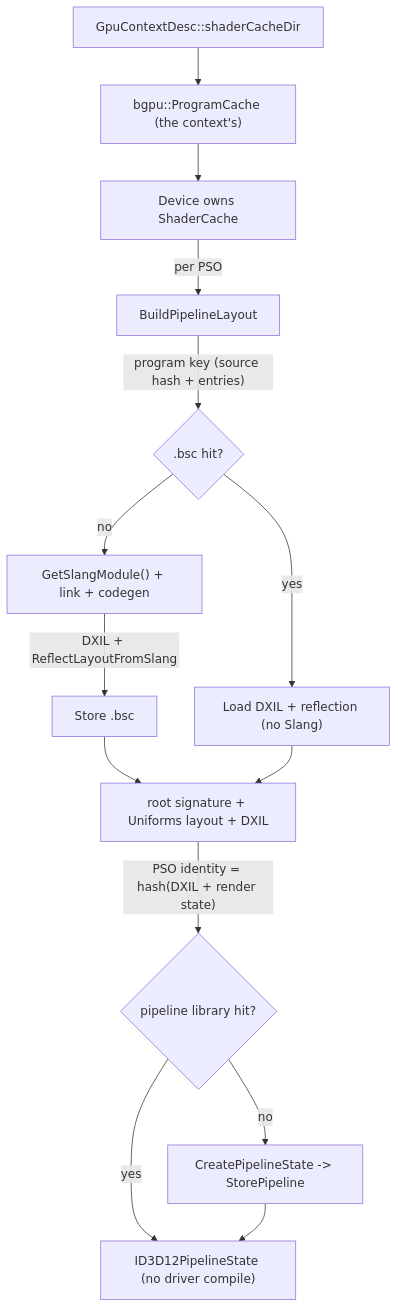
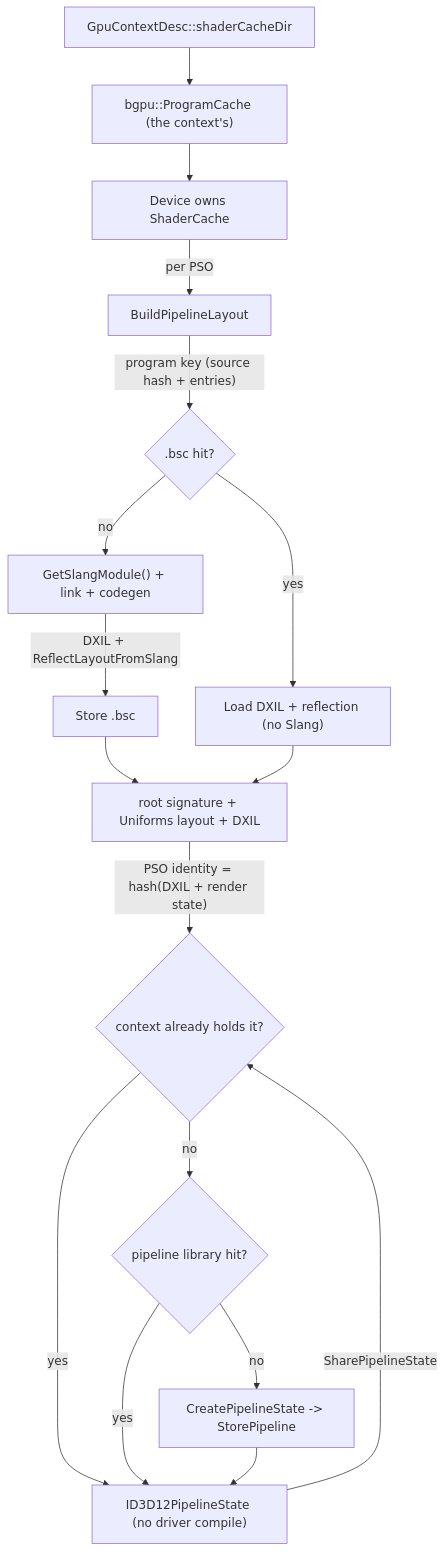
One commit to alexjiang200407/bernini changed the diagram in docs/shader_cache.md. Above: the diagram before and after it, drawn with Mermaid. The commit also changed other lines of this file and 9 other files, not shown here.

````diff
--- a/docs/shader_cache.md
+++ b/docs/shader_cache.md
@@ -132,19 +132,22 @@
 ```mermaid
 flowchart TD
     OPT["GpuContextDesc::shaderCacheDir"] --> PC["bgpu::ProgramCache (the context's)"]
     PC --> DEV["Device owns ShaderCache"]
     DEV -- "per PSO" --> BPL["BuildPipelineLayout"]
 
     BPL -- "program key (source hash + entries)" --> HIT{".bsc hit?"}
     HIT -- "no" --> SLANG["GetSlangModule() + link + codegen"]
     SLANG -- "DXIL + ReflectLayoutFromSlang" --> STORE["Store .bsc"]
     HIT -- "yes" --> LOAD["Load DXIL + reflection (no Slang)"]
 
     STORE --> ROOT["root signature + Uniforms layout + DXIL"]
     LOAD --> ROOT
 
-    ROOT -- "PSO identity = hash(DXIL + render state)" --> PLIB{"pipeline library hit?"}
-    PLIB -- "yes" --> PSO["ID3D12PipelineState (no driver compile)"]
+    ROOT -- "PSO identity = hash(DXIL + render state)" --> SHARED{"context already holds it?"}
+    SHARED -- "yes" --> PSO["ID3D12PipelineState (no driver compile)"]
+    SHARED -- "no" --> PLIB{"pipeline library hit?"}
+    PLIB -- "yes" --> PSO
     PLIB -- "no" --> CREATE["CreatePipelineState -> StorePipeline"]
     CREATE --> PSO
+    PSO -- "SharePipelineState" --> SHARED
 ```
````
